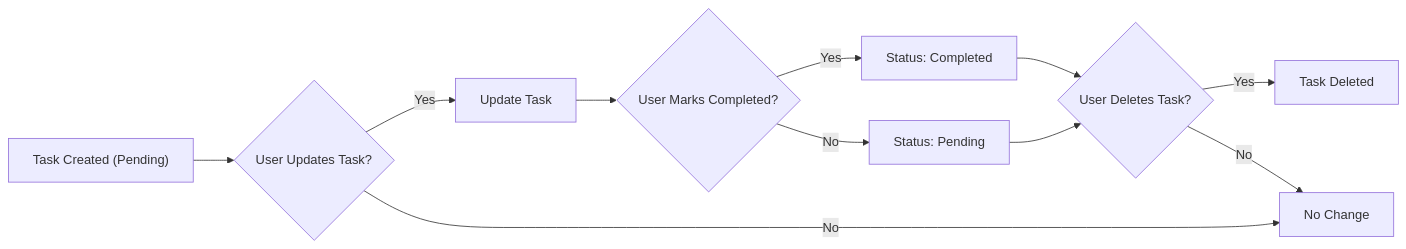
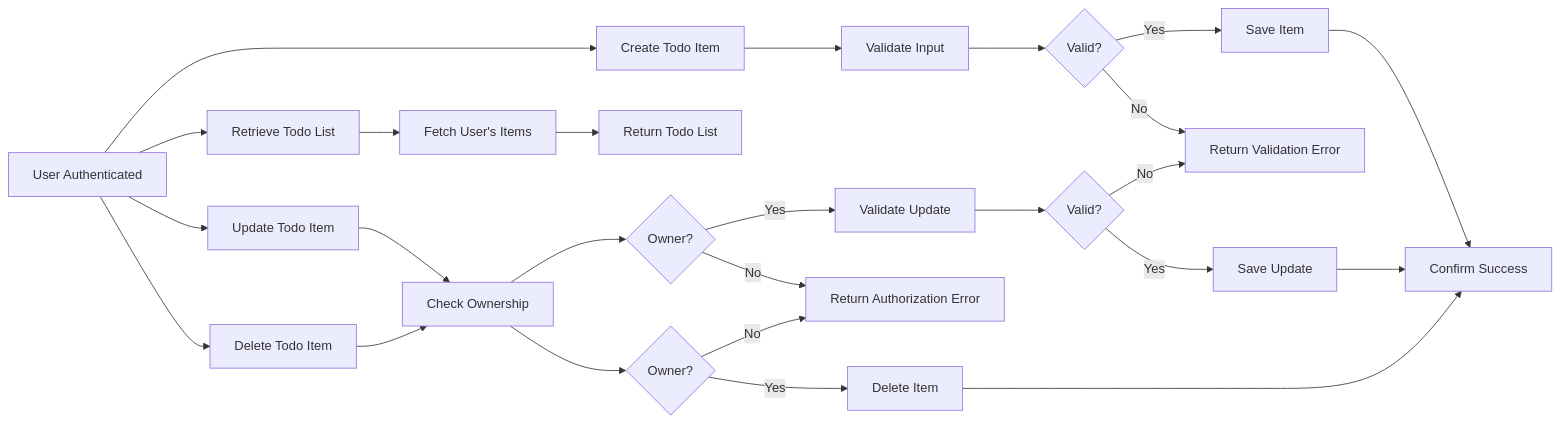
The diagram in openai/gpt-4.1-mini/todo/docs/analysis/00-toc.md (wrtnlabs/autobe-examples), drawn with Mermaid before and after one commit. The commit also changed other lines of this file and 16146 other files, not shown here.

````diff
--- a/openai/gpt-4.1-mini/todo/docs/analysis/00-toc.md
+++ b/openai/gpt-4.1-mini/todo/docs/analysis/00-toc.md
@@ -67,13 +88,30 @@
 ```mermaid
 graph LR
-  A["Task Created (Pending)"] --> B{"User Updates Task?"}
-  B -->|"Yes"| C["Update Task"]
-  B -->|"No"| D["No Change"]
-  C --> E{"User Marks Completed?"}
-  E -->|"Yes"| F["Status: Completed"]
-  E -->|"No"| G["Status: Pending"]
-  F --> H{"User Deletes Task?"}
-  G --> H
-  H -->|"Yes"| I["Task Deleted"]
-  H -->|"No"| D
+  A["User Authenticated"] --> B["Create Todo Item"]
+  B --> C["Validate Input"]
+  C --> D{"Valid?"}
+  D -->|"Yes"| E["Save Item"]
+  D -->|"No"| F["Return Validation Error"]
+  E --> G["Confirm Success"]
+
+  A --> H["Retrieve Todo List"]
+  H --> I["Fetch User's Items"]
+  I --> J["Return Todo List"]
+
+  A --> K["Update Todo Item"]
+  K --> L["Check Ownership"]
+  L --> M{"Owner?"}
+  M -->|"Yes"| N["Validate Update"]
+  M -->|"No"| O["Return Authorization Error"]
+  N --> P{"Valid?"}
+  P -->|"Yes"| Q["Save Update"]
+  P -->|"No"| F
+  Q --> G
+
+  A --> R["Delete Todo Item"]
+  R --> L
+  L --> S{"Owner?"}
+  S -->|"Yes"| T["Delete Item"]
+  S -->|"No"| O
+  T --> G
 ```
````
